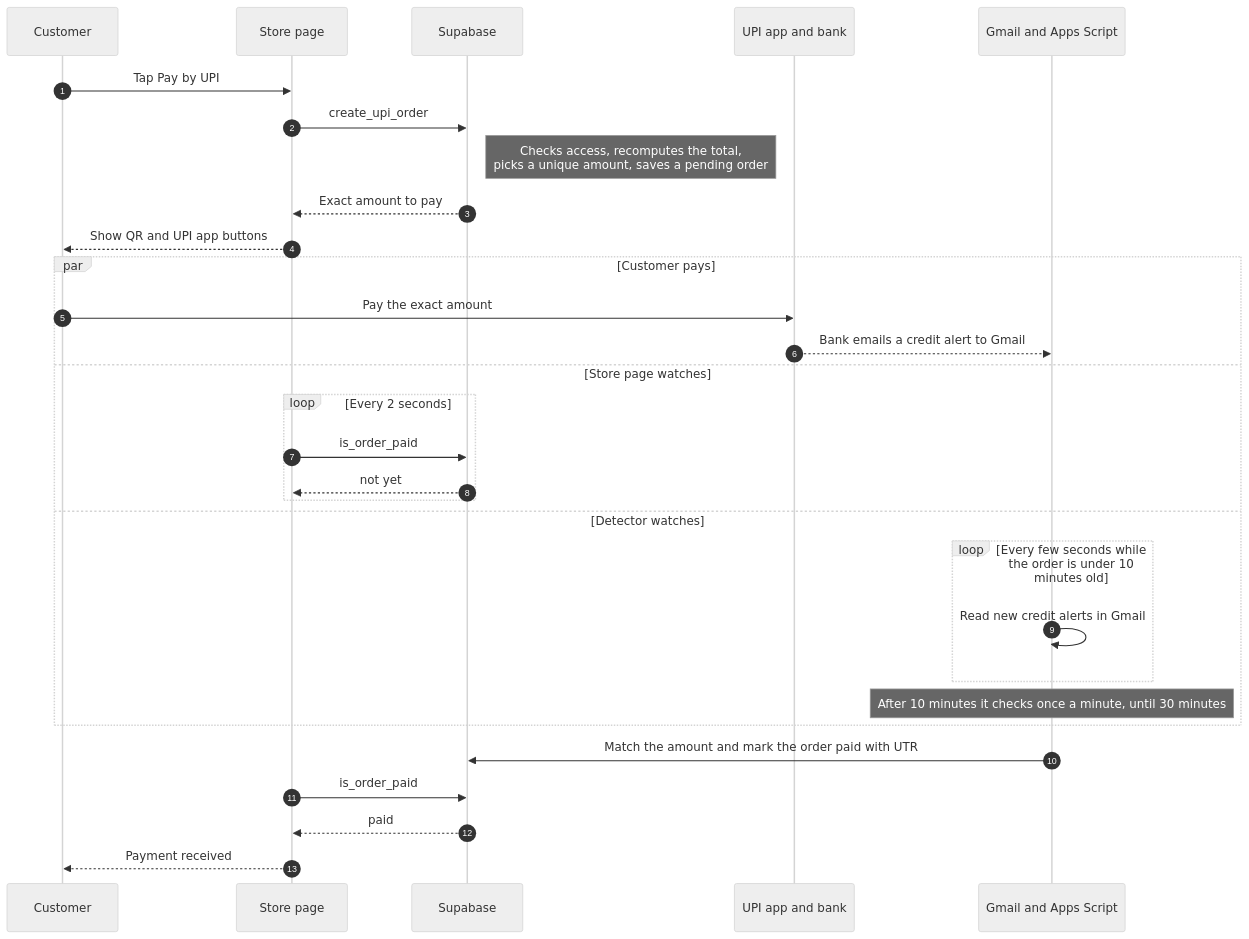
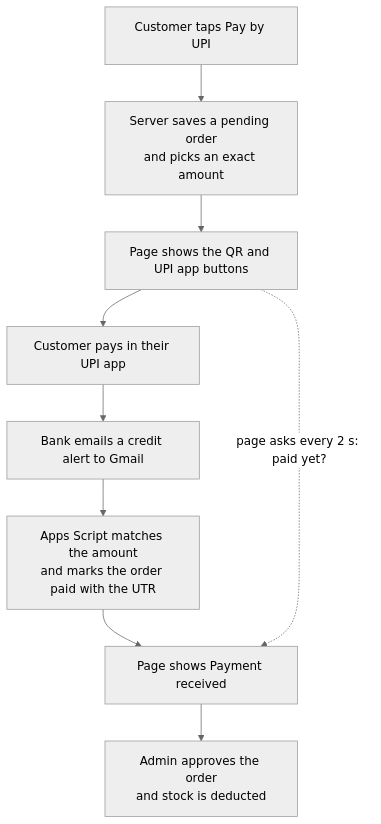
The second of 6 diagrams in README.md (satyam-64136/My-store), drawn with Mermaid (neutral theme) before and after one commit. The commit also changed other lines of this file, not shown here.

````diff
--- a/README.md
+++ b/README.md
@@ -81,32 +78,11 @@
 ```mermaid
-sequenceDiagram
-  autonumber
-  participant C as Customer
-  participant S as Store page
-  participant DB as Supabase
-  participant U as UPI app and bank
-  participant G as Gmail and Apps Script
-  C->>S: Tap Pay by UPI
-  S->>DB: create_upi_order
-  Note right of DB: Checks access, recomputes the total,<br/>picks a unique amount, saves a pending order
-  DB-->>S: Exact amount to pay
-  S-->>C: Show QR and UPI app buttons
-  par Customer pays
-    C->>U: Pay the exact amount
-    U-->>G: Bank emails a credit alert to Gmail
-  and Store page watches
-    loop Every 2 seconds
-      S->>DB: is_order_paid
-      DB-->>S: not yet
-    end
-  and Detector watches
-    loop Every few seconds while the order is under 10 minutes old
-      G->>G: Read new credit alerts in Gmail
-    end
-    Note over G: After 10 minutes it checks once a minute, until 30 minutes
-  end
-  G->>DB: Match the amount and mark the order paid with UTR
-  S->>DB: is_order_paid
-  DB-->>S: paid
-  S-->>C: Payment received
+flowchart TD
+  A["Customer taps Pay by UPI"] --> B["Server saves a pending order<br/>and picks an exact amount"]
+  B --> C["Page shows the QR and UPI app buttons"]
+  C --> D["Customer pays in their UPI app"]
+  D --> E["Bank emails a credit alert to Gmail"]
+  E --> F["Apps Script matches the amount<br/>and marks the order paid with the UTR"]
+  F --> G["Page shows Payment received"]
+  C -. "page asks every 2 s: paid yet?" .-> G
+  G --> H["Admin approves the order<br/>and stock is deducted"]
 ```
````
